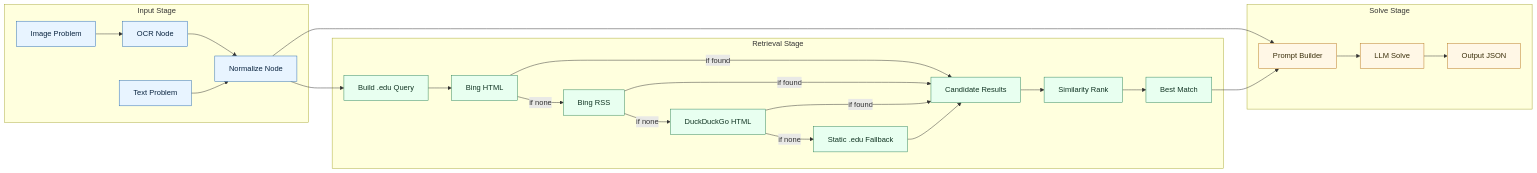
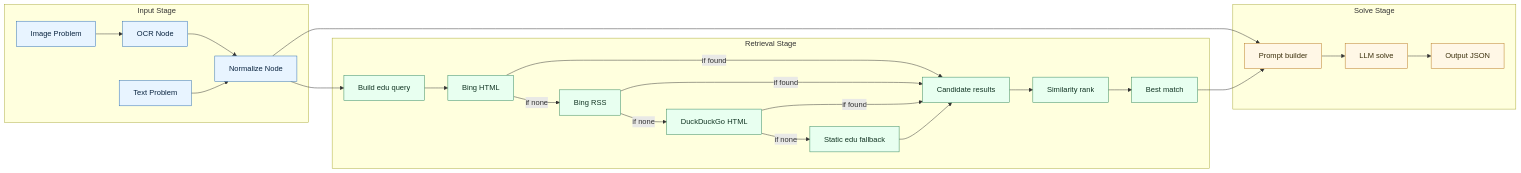
The second of 2 diagrams in FLOW.md (rohanramnarain/math-similarity-agent), drawn with Mermaid before and after one commit. The commit also changed other lines of this file, not shown here.

Commit message:
github error

````diff
--- a/FLOW.md
+++ b/FLOW.md
@@ -26,53 +26,53 @@
 ```mermaid
 flowchart LR
   subgraph I[Input Stage]
-    T[Text Problem]
-    IMG[Image Problem]
-    OCR[OCR Node]
-    N[Normalize Node]
+    T["Text Problem"]
+    IMG["Image Problem"]
+    OCR["OCR Node"]
+    N["Normalize Node"]
     IMG --> OCR --> N
     T --> N
   end
 
   subgraph R[Retrieval Stage]
-    Q[Build .edu Query]
-    BH[Bing HTML]
-    BR[Bing RSS]
-    DDG[DuckDuckGo HTML]
-    FB[Static .edu Fallback]
-    CANDS[Candidate Results]
-    S[Similarity Rank]
-    BEST[Best Match]
+    Q["Build edu query"]
+    BH["Bing HTML"]
+    BR["Bing RSS"]
+    DDG["DuckDuckGo HTML"]
+    FB["Static edu fallback"]
+    CANDS["Candidate results"]
+    S["Similarity rank"]
+    BEST["Best match"]
 
     Q --> BH
     BH -->|if none| BR
     BR -->|if none| DDG
     DDG -->|if none| FB
 
     BH -->|if found| CANDS
     BR -->|if found| CANDS
     DDG -->|if found| CANDS
     FB --> CANDS
 
     CANDS --> S --> BEST
   end
 
   subgraph L[Solve Stage]
-    P[Prompt Builder]
-    M[LLM Solve]
-    OUT[Output JSON]
+    P["Prompt builder"]
+    M["LLM solve"]
+    OUT["Output JSON"]
     P --> M --> OUT
   end
 
   N --> Q
   N --> P
   BEST --> P
 
   classDef input fill:#e8f4ff,stroke:#2b6cb0,stroke-width:1px,color:#0b2540;
   classDef retrieve fill:#e8fff0,stroke:#2f855a,stroke-width:1px,color:#123524;
   classDef solve fill:#fff7e6,stroke:#b7791f,stroke-width:1px,color:#3b2f0b;
 
   class T,IMG,OCR,N input;
   class Q,BH,BR,DDG,FB,CANDS,S,BEST retrieve;
   class P,M,OUT solve;
 ```
````
